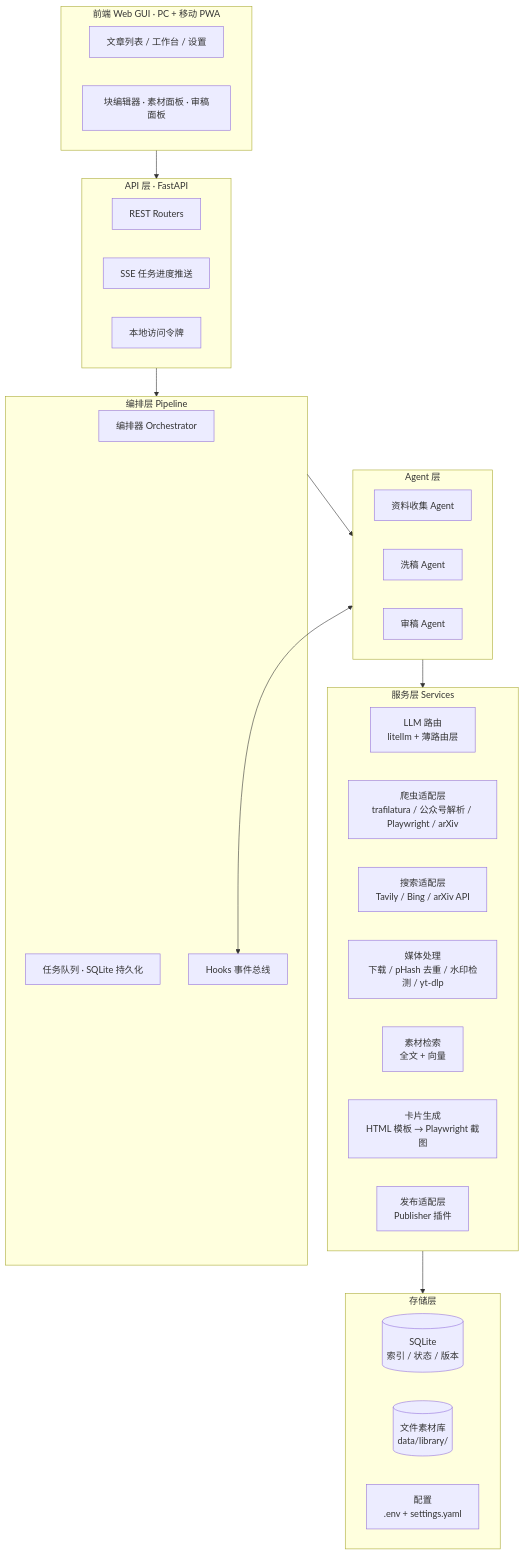
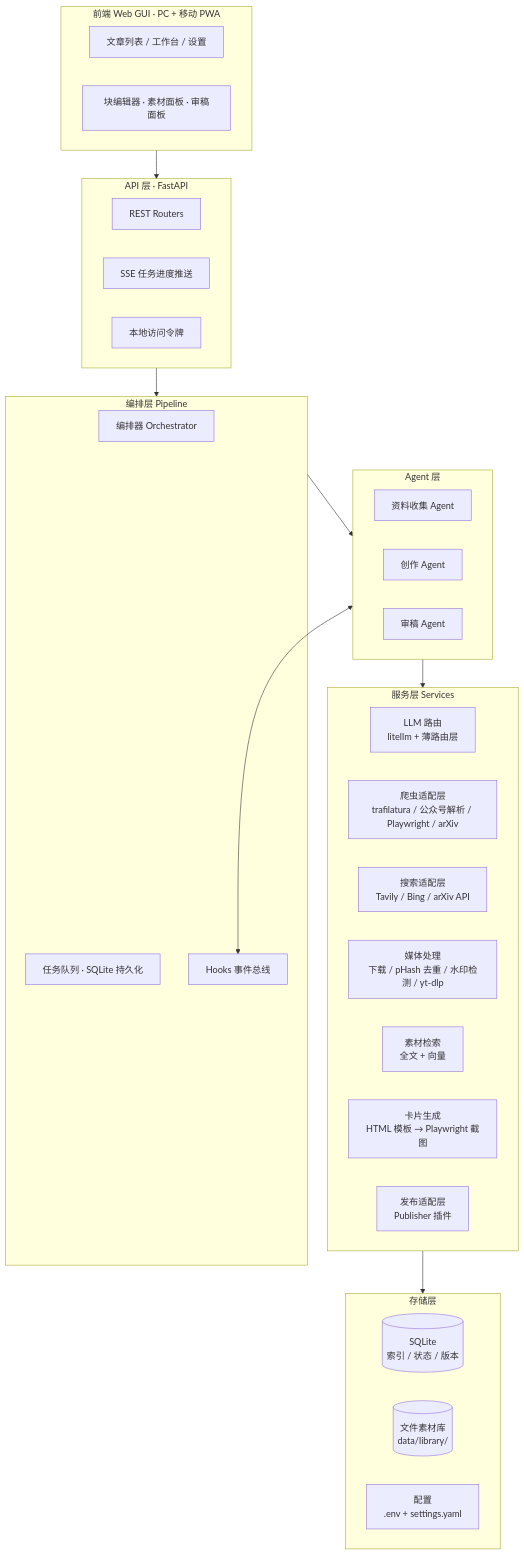
The diagram in docs/design/01-architecture.md (18582088138/WeChatRewriteX), drawn with Mermaid before and after one commit. The commit also changed other lines of this file and 89 other files, not shown here.

````diff
--- a/docs/design/01-architecture.md
+++ b/docs/design/01-architecture.md
@@ -5,44 +5,44 @@
 ```mermaid
 flowchart TB
     subgraph UI[前端 Web GUI · PC + 移动 PWA]
         pages[文章列表 / 工作台 / 设置]
         editor[块编辑器 · 素材面板 · 审稿面板]
     end
 
     subgraph API[API 层 · FastAPI]
         rest[REST Routers]
         sse[SSE 任务进度推送]
         auth[本地访问令牌]
     end
 
     subgraph PIPE[编排层 Pipeline]
         orch[编排器 Orchestrator]
         queue[任务队列 · SQLite 持久化]
         hooks[Hooks 事件总线]
     end
 
     subgraph AGENTS[Agent 层]
         collector[资料收集 Agent]
-        rewriter[洗稿 Agent]
+        rewriter[创作 Agent]
         reviewer[审稿 Agent]
     end
 
     subgraph SVC[服务层 Services]
         llm[LLM 路由<br/>litellm + 薄路由层]
         crawl[爬虫适配层<br/>trafilatura / 公众号解析 / Playwright / arXiv]
         search[搜索适配层<br/>Tavily / Bing / arXiv API]
         media[媒体处理<br/>下载 / pHash 去重 / 水印检测 / yt-dlp]
         rag[素材检索<br/>全文 + 向量]
         cards[卡片生成<br/>HTML 模板 → Playwright 截图]
         pub[发布适配层<br/>Publisher 插件]
     end
 
     subgraph STORE[存储层]
         db[(SQLite<br/>索引 / 状态 / 版本)]
         fs[(文件素材库<br/>data/library/)]
         cfg[配置<br/>.env + settings.yaml]
     end
 
     UI --> API --> PIPE --> AGENTS --> SVC --> STORE
     AGENTS <--> hooks
 ```
````
